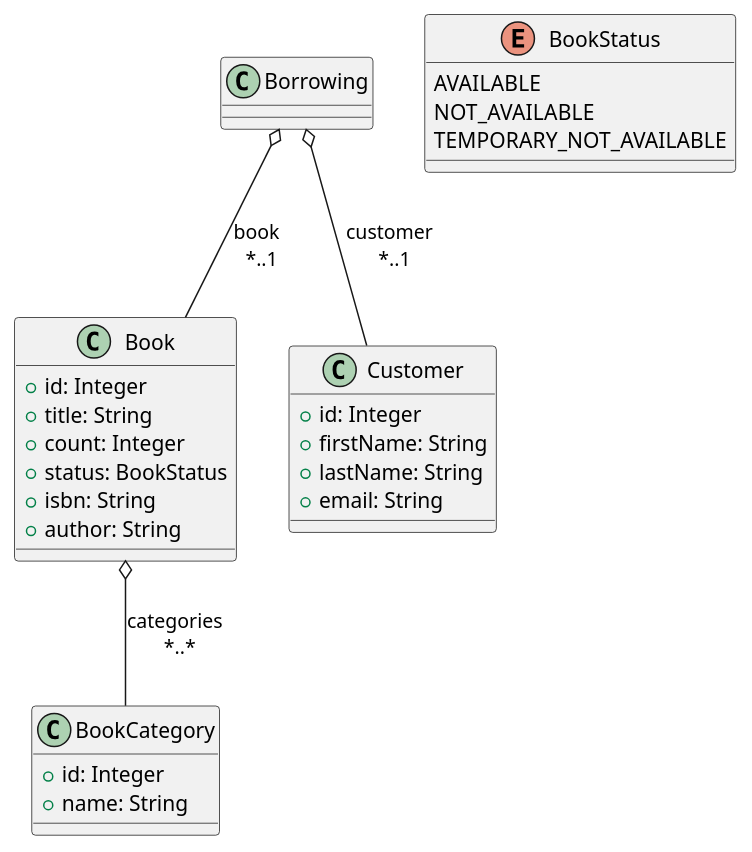
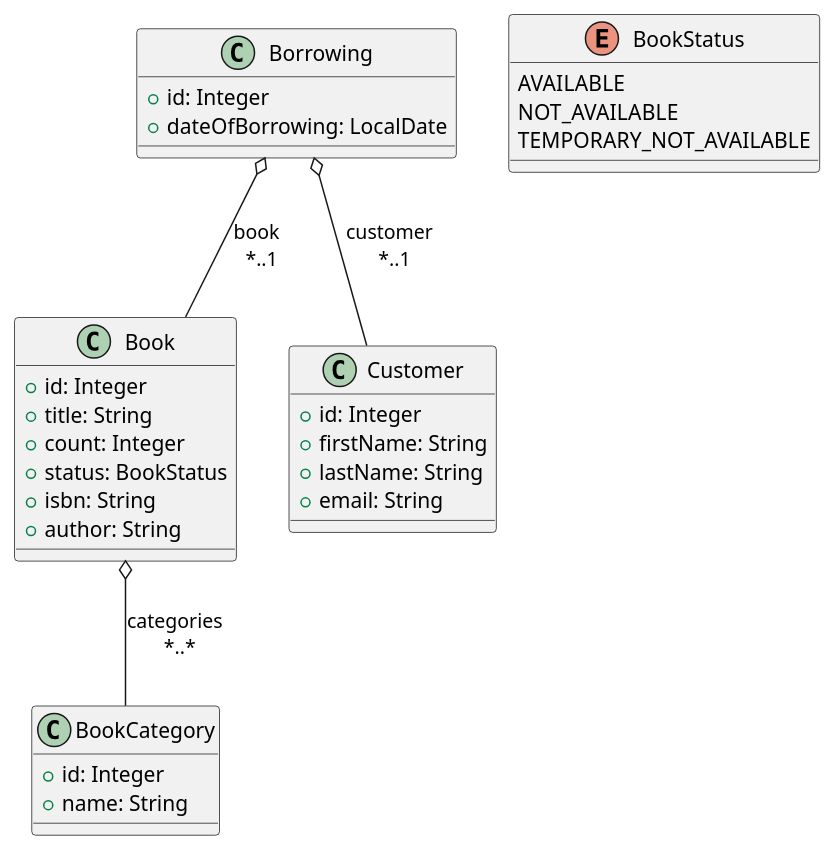
Before and after one commit to KI-FPV-UMB/wete3: the diagram in specification/diagram/model.puml, drawn with PlantUML. The commit also changed 2 other files, not shown here.

Commit message:
added - date of borrowing

```diff
--- a/specification/diagram/model.puml
+++ b/specification/diagram/model.puml
@@ -1,38 +1,40 @@
 @startuml
 'https://plantuml.com/class-diagram
 
 class Book {
 + id: Integer
 + title: String
 + count: Integer
 + status: BookStatus
 + isbn: String
 + author: String
 }
 
 class BookCategory {
 + id: Integer
 + name: String
 }
 
 class Customer {
 + id: Integer
 + firstName: String
 + lastName: String
 + email: String
 }
 
 class Borrowing {
++ id: Integer
++ dateOfBorrowing: LocalDate
 }
 
 enum BookStatus {
 AVAILABLE
 NOT_AVAILABLE
 TEMPORARY_NOT_AVAILABLE
 }
 
 Book o-- BookCategory : categories \n *..*
 Borrowing o-- Book :  book \n *..1
 Borrowing o-- Customer : customer \n *..1
 
 @enduml
```
